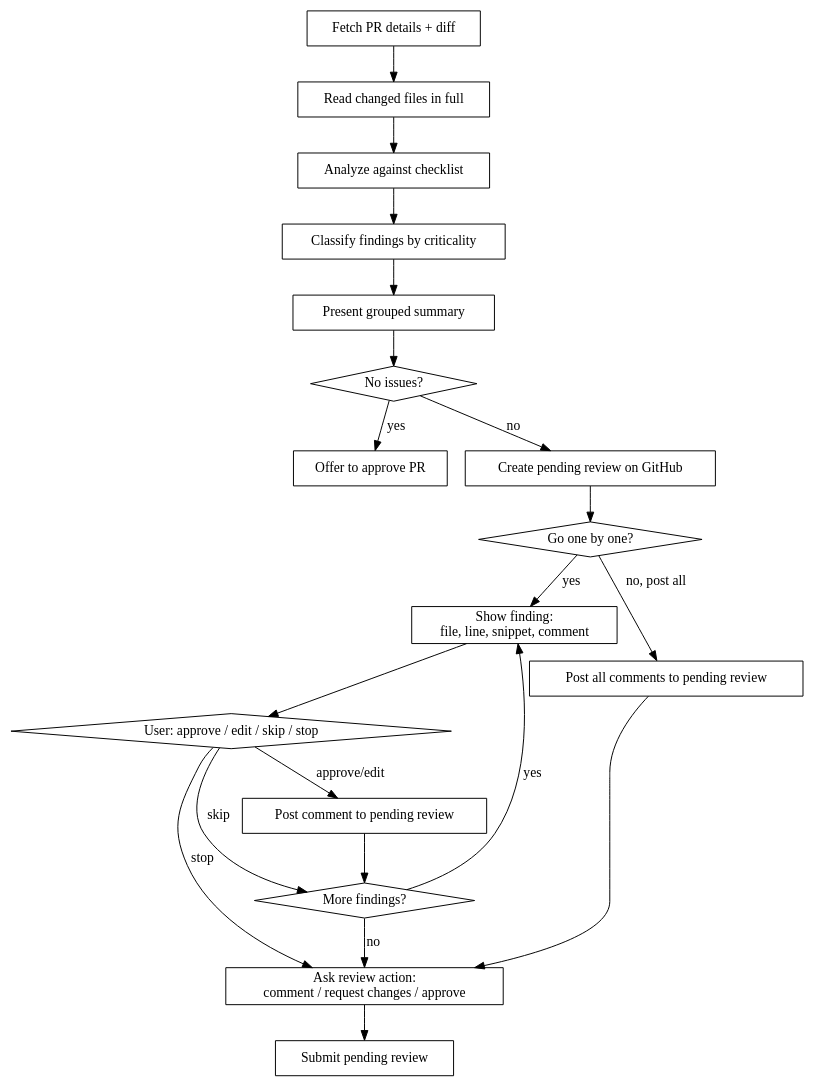
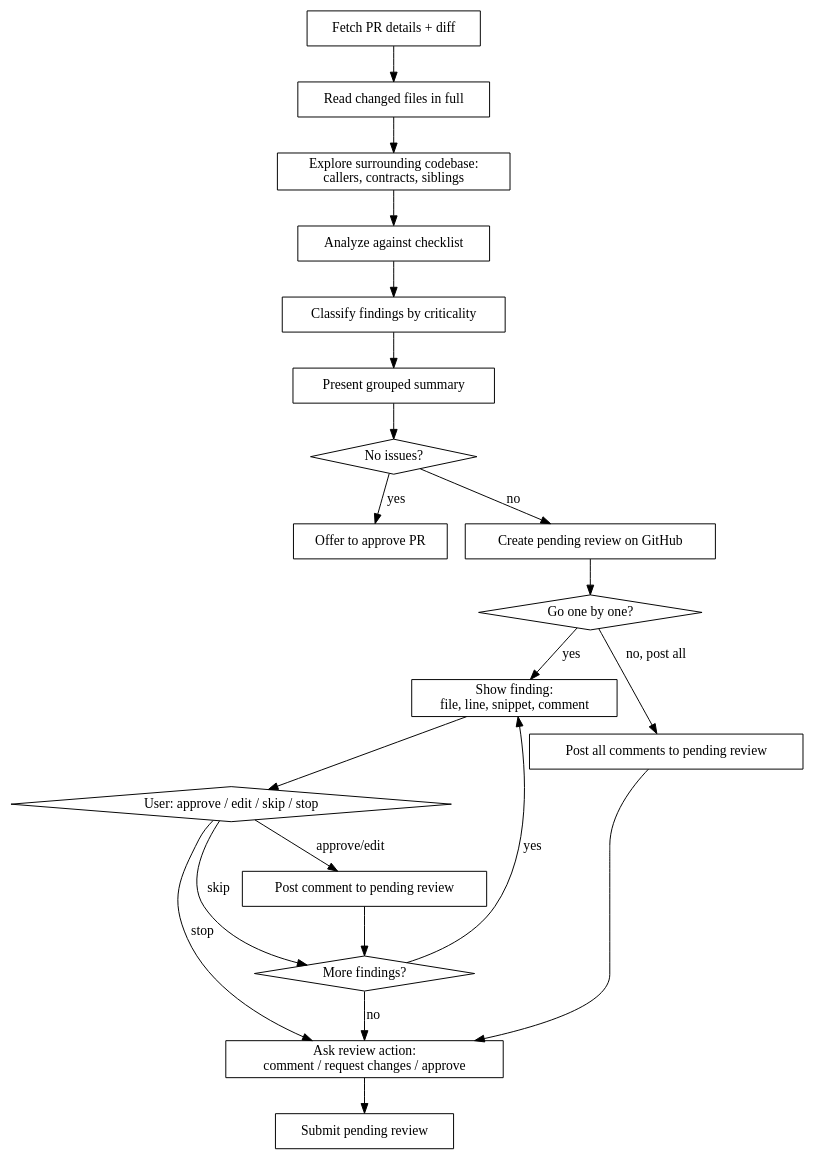
One commit to EdoMon93/claude-skills changed the diagram in assisted-code-review/SKILL.md. Above: the diagram before and after it, drawn with Graphviz. The commit also changed other lines of this file, not shown here.

First line of the commit message:
assisted-code-review: add explicit deep codebase exploration step

````diff
--- a/assisted-code-review/SKILL.md
+++ b/assisted-code-review/SKILL.md
@@ -16,39 +16,40 @@
 ```dot
 digraph review_pr {
     rankdir=TB;
     node [shape=box];
 
     fetch [label="Fetch PR details + diff"];
     read [label="Read changed files in full"];
+    explore [label="Explore surrounding codebase:\ncallers, contracts, siblings"];
     review [label="Analyze against checklist"];
     classify [label="Classify findings by criticality"];
     present [label="Present grouped summary"];
     clean [label="No issues?" shape=diamond];
     approve_pr [label="Offer to approve PR"];
     pending [label="Create pending review on GitHub"];
     ask_mode [label="Go one by one?" shape=diamond];
     show [label="Show finding:\nfile, line, snippet, comment"];
     action [label="User: approve / edit / skip / stop" shape=diamond];
     post_comment [label="Post comment to pending review"];
     post_all [label="Post all comments to pending review"];
     more [label="More findings?" shape=diamond];
     review_action [label="Ask review action:\ncomment / request changes / approve"];
     submit [label="Submit pending review"];
 
-    fetch -> read -> review -> classify -> present -> clean;
+    fetch -> read -> explore -> review -> classify -> present -> clean;
     clean -> approve_pr [label="yes"];
     clean -> pending [label="no"];
     pending -> ask_mode;
     ask_mode -> show [label="yes"];
     ask_mode -> post_all [label="no, post all"];
     post_all -> review_action;
     show -> action;
     action -> post_comment [label="approve/edit"];
     action -> more [label="skip"];
     action -> review_action [label="stop"];
     post_comment -> more;
     more -> show [label="yes"];
     more -> review_action [label="no"];
     review_action -> submit;
 }
 ```
````
